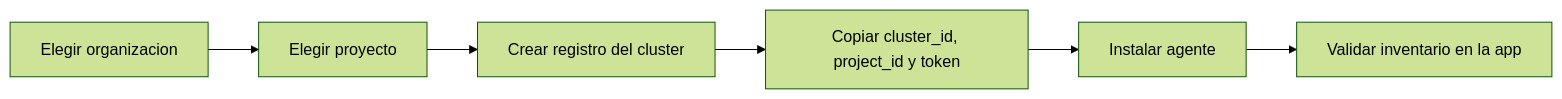
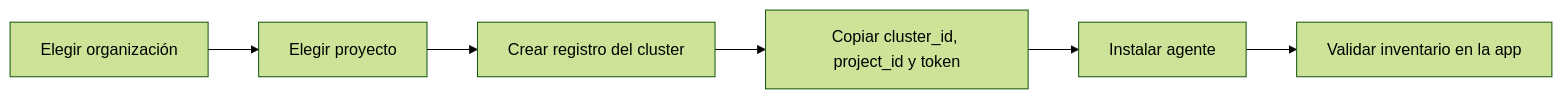
Before and after one commit to Moonin-Lab/Moonin-Docs: the second of 2 diagrams in src/content/docs/es/administration/index.md, drawn with Mermaid (forest theme). The commit also changed other lines of this file and 84 other files, not shown here.

````diff
--- a/src/content/docs/es/administration/index.md
+++ b/src/content/docs/es/administration/index.md
@@ -100,11 +100,11 @@
 ```mermaid
 flowchart LR
-    A[Elegir organizacion]
+    A[Elegir organización]
     B[Elegir proyecto]
     C[Crear registro del cluster]
     D[Copiar cluster_id, project_id y token]
     E[Instalar agente]
     F[Validar inventario en la app]
 
     A --> B --> C --> D --> E --> F
 ```
````
